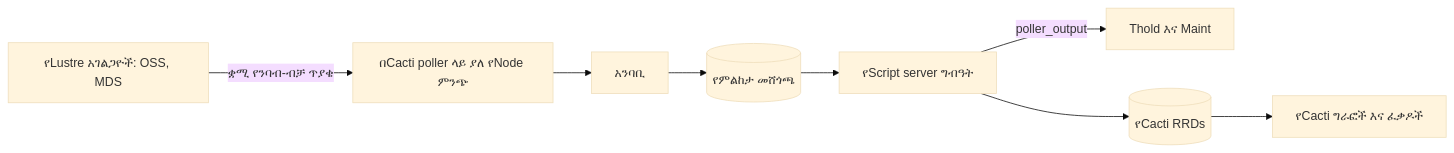
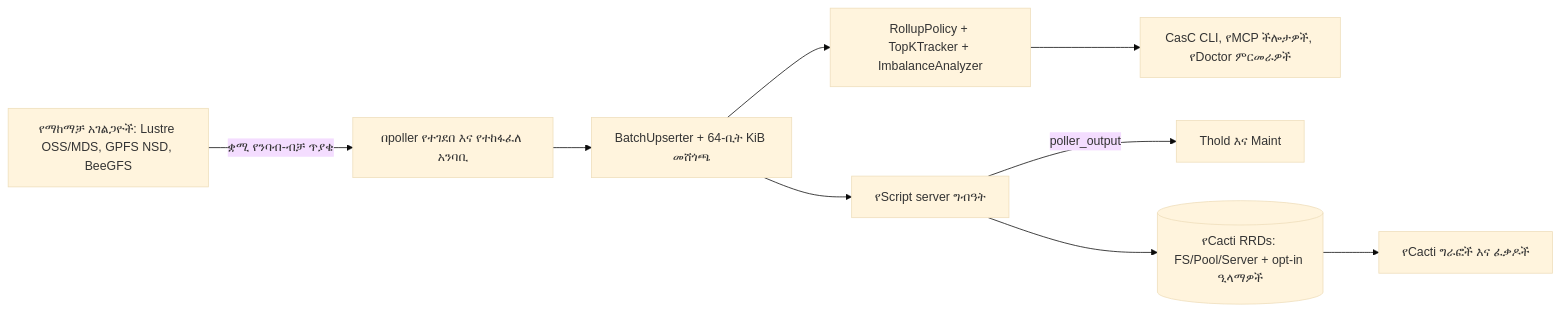
One commit to somethingwithproof/plugin_pfs changed the diagram in docs/i18n/am-ET/README.md. Above: the diagram before and after it, drawn with Mermaid (base theme). The commit also changed other lines of this file and 47 other files, not shown here.

````diff
--- a/docs/i18n/am-ET/README.md
+++ b/docs/i18n/am-ET/README.md
@@ -74,10 +82,11 @@
 ```mermaid
 flowchart LR
-    N[የLustre አገልጋዮች: OSS, MDS] -->|ቋሚ የንባብ-ብቻ ጥያቄ| S[በCacti poller ላይ ያለ የNode ምንጭ]
-    S --> R[አንባቢ]
-    R --> C[(የምልከታ መሸጎጫ)]
-    C --> SS[የScript server ግብዓት]
+    N[የማከማቻ አገልጋዮች: Lustre OSS/MDS, GPFS NSD, BeeGFS] -->|ቋሚ የንባብ-ብቻ ጥያቄ| S[በpoller የተገደበ እና የተከፋፈለ አንባቢ]
+    S --> B[BatchUpserter + 64-ቢት KiB መሸጎጫ]
+    B --> R[RollupPolicy + TopKTracker + ImbalanceAnalyzer]
+    B --> SS[የScript server ግብዓት]
+    R --> ECO[CasC CLI, የMCP ችሎታዎች, የDoctor ምርመራዎች]
     SS -->|poller_output| T[Thold እና Maint]
-    SS --> RRD[(የCacti RRDs)]
+    SS --> RRD[(የCacti RRDs: FS/Pool/Server + opt-in ዒላማዎች)]
     RRD --> G[የCacti ግራፎች እና ፈቃዶች]
 ```
````
